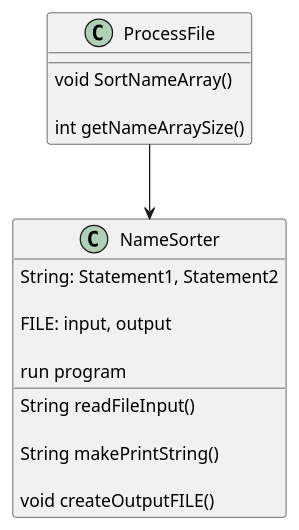
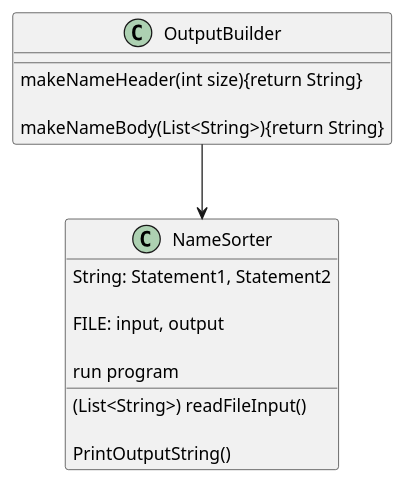
One commit to Chabs64/Higgins-cop3330-assignment3 changed the diagram in src/main/java/org/assignment3/ex41/base/NameSorterUML.puml. Above: the diagram before and after it, drawn with PlantUML. The commit also changed 3 other files, not shown here.

```diff
--- a/src/main/java/org/assignment3/ex41/base/NameSorterUML.puml
+++ b/src/main/java/org/assignment3/ex41/base/NameSorterUML.puml
@@ -1,29 +1,27 @@
 @startuml
 'https://plantuml.com/class-diagram
 
 class NameSorter{
 
-        String: Statement1, Statement2
+       String: Statement1, Statement2
 
-        FILE: input, output
+       FILE: input, output
 
        run program
 
-       String readFileInput()
+       (List<String>) readFileInput()
 
-       String makePrintString()
-
-       void createOutputFILE()
+       PrintOutputString()
 
 }
 
-class ProcessFile{
+class OutputBuilder{
 
-        void SortNameArray()
+        makeNameHeader(int size){return String}
 
-        int getNameArraySize()
+        makeNameBody(List<String>){return String}
 }
 
-ProcessFile-->NameSorter
+OutputBuilder-->NameSorter
 
 @enduml
```
